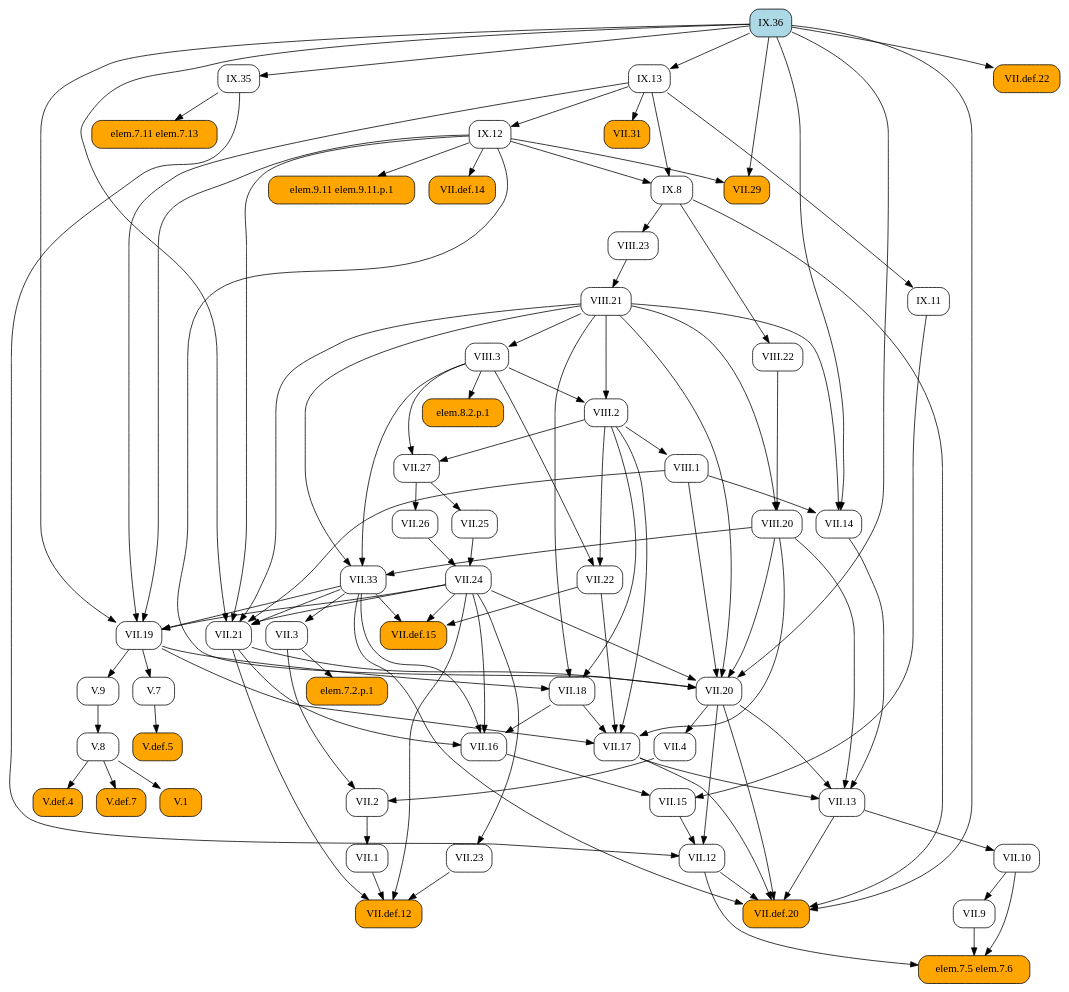
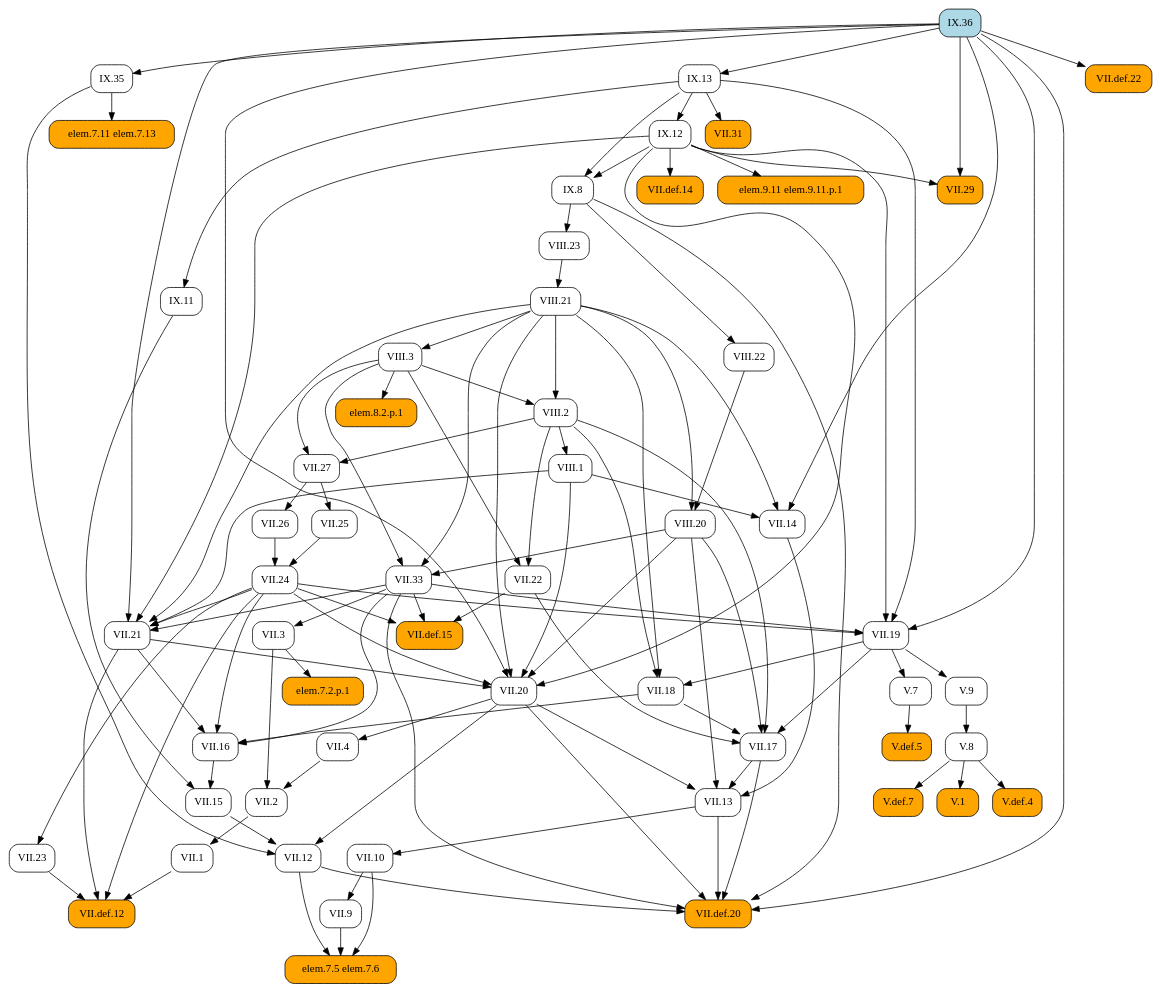
One commit to geometor/elements changed the diagram in docsrc/heath/IX/36/index.rst. Above: the diagram before and after it, drawn with Graphviz. The commit also changed other lines of this file and 1029 other files, not shown here.

```diff
--- a/docsrc/heath/IX/36/index.rst
+++ b/docsrc/heath/IX/36/index.rst
@@ -88,108 +88,162 @@
    digraph {
      rankdir="TB";
      node [shape=box, style=rounded];
+     "VII.1" [URL="/heath/VII/1/", target="_top"];
+     "VII.9" [URL="/heath/VII/9/", target="_top"];
+     "V.def.5" [style="rounded,filled", fillcolor=orange, URL="/heath/V/def.5/", target="_top"];
+     "IX.13" [URL="/heath/IX/13/", target="_top"];
+     "VII.29" [style="rounded,filled", fillcolor=orange, URL="/heath/VII/29/", target="_top"];
+     "VIII.23" [URL="/heath/VIII/23/", target="_top"];
+     "IX.12" [URL="/heath/IX/12/", target="_top"];
+     "IX.11" [URL="/heath/IX/11/", target="_top"];
+     "VII.17" [URL="/heath/VII/17/", target="_top"];
+     "VII.3" [URL="/heath/VII/3/", target="_top"];
+     "elem.7.5 elem.7.6" [style="rounded,filled", fillcolor=orange];
+     "IX.35" [URL="/heath/IX/35/", target="_top"];
+     "VIII.21" [URL="/heath/VIII/21/", target="_top"];
+     "V.7" [URL="/heath/V/7/", target="_top"];
+     "V.9" [URL="/heath/V/9/", target="_top"];
+     "IX.36" [style="rounded,filled", fillcolor=lightblue, URL="/heath/IX/36/", target="_top"];
+     "VII.13" [URL="/heath/VII/13/", target="_top"];
+     "VII.2" [URL="/heath/VII/2/", target="_top"];
+     "VIII.1" [URL="/heath/VIII/1/", target="_top"];
+     "VIII.2" [URL="/heath/VIII/2/", target="_top"];
+     "VII.12" [URL="/heath/VII/12/", target="_top"];
+     "IX.8" [URL="/heath/IX/8/", target="_top"];
+     "VII.24" [URL="/heath/VII/24/", target="_top"];
+     "VII.def.14" [style="rounded,filled", fillcolor=orange, URL="/heath/VII/def.14/", target="_top"];
+     "VII.def.12" [style="rounded,filled", fillcolor=orange, URL="/heath/VII/def.12/", target="_top"];
+     "V.8" [URL="/heath/V/8/", target="_top"];
+     "VII.33" [URL="/heath/VII/33/", target="_top"];
+     "VIII.22" [URL="/heath/VIII/22/", target="_top"];
+     "elem.7.2.p.1" [style="rounded,filled", fillcolor=orange];
+     "elem.9.11 elem.9.11.p.1" [style="rounded,filled", fillcolor=orange];
+     "VII.10" [URL="/heath/VII/10/", target="_top"];
+     "VII.def.15" [style="rounded,filled", fillcolor=orange, URL="/heath/VII/def.15/", target="_top"];
+     "VII.19" [URL="/heath/VII/19/", target="_top"];
+     "VII.18" [URL="/heath/VII/18/", target="_top"];
+     "VII.16" [URL="/heath/VII/16/", target="_top"];
+     "VII.26" [URL="/heath/VII/26/", target="_top"];
+     "VII.4" [URL="/heath/VII/4/", target="_top"];
+     "VII.25" [URL="/heath/VII/25/", target="_top"];
+     "VII.21" [URL="/heath/VII/21/", target="_top"];
      "V.1" [style="rounded,filled", fillcolor=orange, URL="/heath/V/1/", target="_top"];
-     "VII.29" [style="rounded,filled", fillcolor=orange, URL="/heath/VII/29/", target="_top"];
-     "IX.8" [URL="/heath/IX/8/", target="_top"];
-     "VII.12" [URL="/heath/VII/12/", target="_top"];
-     "VIII.21" [URL="/heath/VIII/21/", target="_top"];
-     "IX.13" [URL="/heath/IX/13/", target="_top"];
+     "VII.def.22" [style="rounded,filled", fillcolor=orange, URL="/heath/VII/def.22/", target="_top"];
+     "VII.20" [URL="/heath/VII/20/", target="_top"];
      "VII.14" [URL="/heath/VII/14/", target="_top"];
-     "VII.13" [URL="/heath/VII/13/", target="_top"];
-     "VII.16" [URL="/heath/VII/16/", target="_top"];
+     "VII.27" [URL="/heath/VII/27/", target="_top"];
      "V.def.4" [style="rounded,filled", fillcolor=orange, URL="/heath/V/def.4/", target="_top"];
-     "VII.def.15" [style="rounded,filled", fillcolor=orange, URL="/heath/VII/def.15/", target="_top"];
-     "VII.18" [URL="/heath/VII/18/", target="_top"];
-     "V.8" [URL="/heath/V/8/", target="_top"];
-     "elem.9.11 elem.9.11.p.1" [style="rounded,filled", fillcolor=orange];
-     "VII.21" [URL="/heath/VII/21/", target="_top"];
+     "VIII.3" [URL="/heath/VIII/3/", target="_top"];
+     "VII.31" [style="rounded,filled", fillcolor=orange, URL="/heath/VII/31/", target="_top"];
+     "VII.22" [URL="/heath/VII/22/", target="_top"];
      "VIII.20" [URL="/heath/VIII/20/", target="_top"];
-     "IX.36" [style="rounded,filled", fillcolor=lightblue, URL="/heath/IX/36/", target="_top"];
-     "V.7" [URL="/heath/V/7/", target="_top"];
-     "VII.def.12" [style="rounded,filled", fillcolor=orange, URL="/heath/VII/def.12/", target="_top"];
+     "V.def.7" [style="rounded,filled", fillcolor=orange, URL="/heath/V/def.7/", target="_top"];
+     "elem.7.11 elem.7.13" [style="rounded,filled", fillcolor=orange];
+     "VII.23" [URL="/heath/VII/23/", target="_top"];
      "VII.15" [URL="/heath/VII/15/", target="_top"];
-     "VII.2" [URL="/heath/VII/2/", target="_top"];
      "VII.def.20" [style="rounded,filled", fillcolor=orange, URL="/heath/VII/def.20/", target="_top"];
-     "elem.7.5 elem.7.6" [style="rounded,filled", fillcolor=orange];
-     "VII.3" [URL="/heath/VII/3/", target="_top"];
      "elem.8.2.p.1" [style="rounded,filled", fillcolor=orange];
-     "VII.10" [URL="/heath/VII/10/", target="_top"];
-     "VIII.23" [URL="/heath/VIII/23/", target="_top"];
-     "V.def.7" [style="rounded,filled", fillcolor=orange, URL="/heath/V/def.7/", target="_top"];
-     "VII.20" [URL="/heath/VII/20/", target="_top"];
-     "IX.35" [URL="/heath/IX/35/", target="_top"];
-     "IX.12" [URL="/heath/IX/12/", target="_top"];
-     "VII.def.14" [style="rounded,filled", fillcolor=orange, URL="/heath/VII/def.14/", target="_top"];
-     "VII.9" [URL="/heath/VII/9/", target="_top"];
-     "VIII.1" [URL="/heath/VIII/1/", target="_top"];
-     "VII.25" [URL="/heath/VII/25/", target="_top"];
-     "VII.23" [URL="/heath/VII/23/", target="_top"];
-     "VII.27" [URL="/heath/VII/27/", target="_top"];
-     "VIII.2" [URL="/heath/VIII/2/", target="_top"];
-     "VII.24" [URL="/heath/VII/24/", target="_top"];
-     "VIII.3" [URL="/heath/VIII/3/", target="_top"];
-     "VII.19" [URL="/heath/VII/19/", target="_top"];
-     "elem.7.11 elem.7.13" [style="rounded,filled", fillcolor=orange];
-     "IX.11" [URL="/heath/IX/11/", target="_top"];
-     "VII.4" [URL="/heath/VII/4/", target="_top"];
-     "VII.33" [URL="/heath/VII/33/", target="_top"];
-     "elem.7.2.p.1" [style="rounded,filled", fillcolor=orange];
-     "V.9" [URL="/heath/V/9/", target="_top"];
-     "VII.26" [URL="/heath/VII/26/", target="_top"];
-     "VIII.22" [URL="/heath/VIII/22/", target="_top"];
-     "VII.1" [URL="/heath/VII/1/", target="_top"];
-     "VII.22" [URL="/heath/VII/22/", target="_top"];
-     "VII.def.22" [style="rounded,filled", fillcolor=orange, URL="/heath/VII/def.22/", target="_top"];
-     "VII.31" [style="rounded,filled", fillcolor=orange, URL="/heath/VII/31/", target="_top"];
-     "V.def.5" [style="rounded,filled", fillcolor=orange, URL="/heath/V/def.5/", target="_top"];
-     "VII.17" [URL="/heath/VII/17/", target="_top"];
-     "V.8" -> "V.1";
+     "VII.2" -> "VII.1";
+     "VII.10" -> "VII.9";
+     "V.7" -> "V.def.5";
+     "IX.36" -> "IX.13";
      "IX.12" -> "VII.29";
      "IX.36" -> "VII.29";
-     "IX.12" -> "IX.8";
-     "IX.13" -> "IX.8";
-     "VII.15" -> "VII.12";
-     "VII.20" -> "VII.12";
-     "IX.35" -> "VII.12";
+     "IX.8" -> "VIII.23";
+     "IX.13" -> "IX.12";
+     "IX.13" -> "IX.11";
+     "VII.18" -> "VII.17";
+     "VII.19" -> "VII.17";
+     "VII.22" -> "VII.17";
+     "VIII.2" -> "VII.17";
+     "VIII.20" -> "VII.17";
+     "VII.33" -> "VII.3";
+     "VII.9" -> "elem.7.5 elem.7.6";
+     "VII.10" -> "elem.7.5 elem.7.6";
+     "VII.12" -> "elem.7.5 elem.7.6";
+     "IX.36" -> "IX.35";
      "VIII.23" -> "VIII.21";
-     "IX.36" -> "IX.13";
-     "VIII.1" -> "VII.14";
-     "VIII.21" -> "VII.14";
-     "IX.36" -> "VII.14";
+     "VII.19" -> "V.7";
+     "VII.19" -> "V.9";
      "VII.14" -> "VII.13";
      "VII.17" -> "VII.13";
      "VII.20" -> "VII.13";
      "VIII.20" -> "VII.13";
+     "VII.3" -> "VII.2";
+     "VII.4" -> "VII.2";
+     "VIII.2" -> "VIII.1";
+     "VIII.3" -> "VIII.2";
+     "VIII.21" -> "VIII.2";
+     "VII.15" -> "VII.12";
+     "VII.20" -> "VII.12";
+     "IX.35" -> "VII.12";
+     "IX.12" -> "IX.8";
+     "IX.13" -> "IX.8";
+     "VII.25" -> "VII.24";
+     "VII.26" -> "VII.24";
+     "IX.12" -> "VII.def.14";
+     "VII.1" -> "VII.def.12";
+     "VII.21" -> "VII.def.12";
+     "VII.23" -> "VII.def.12";
+     "VII.24" -> "VII.def.12";
+     "V.9" -> "V.8";
+     "VIII.3" -> "VII.33";
+     "VIII.20" -> "VII.33";
+     "VIII.21" -> "VII.33";
+     "IX.8" -> "VIII.22";
+     "VII.3" -> "elem.7.2.p.1";
+     "IX.12" -> "elem.9.11 elem.9.11.p.1";
+     "VII.13" -> "VII.10";
+     "VII.22" -> "VII.def.15";
+     "VII.24" -> "VII.def.15";
+     "VII.33" -> "VII.def.15";
+     "VII.24" -> "VII.19";
+     "VII.33" -> "VII.19";
+     "IX.12" -> "VII.19";
+     "IX.13" -> "VII.19";
+     "IX.36" -> "VII.19";
+     "VII.19" -> "VII.18";
+     "VIII.2" -> "VII.18";
+     "VIII.21" -> "VII.18";
      "VII.18" -> "VII.16";
      "VII.21" -> "VII.16";
      "VII.24" -> "VII.16";
      "VII.33" -> "VII.16";
-     "V.8" -> "V.def.4";
-     "VII.22" -> "VII.def.15";
-     "VII.24" -> "VII.def.15";
-     "VII.33" -> "VII.def.15";
-     "VII.19" -> "VII.18";
-     "VIII.2" -> "VII.18";
-     "VIII.21" -> "VII.18";
-     "V.9" -> "V.8";
-     "IX.12" -> "elem.9.11 elem.9.11.p.1";
+     "VII.27" -> "VII.26";
+     "VII.20" -> "VII.4";
+     "VII.27" -> "VII.25";
      "VII.24" -> "VII.21";
      "VII.33" -> "VII.21";
      "VIII.1" -> "VII.21";
      "VIII.21" -> "VII.21";
      "IX.12" -> "VII.21";
      "IX.36" -> "VII.21";
+     "V.8" -> "V.1";
+     "IX.36" -> "VII.def.22";
+     "VII.21" -> "VII.20";
+     "VII.24" -> "VII.20";
+     "VIII.1" -> "VII.20";
+     "VIII.20" -> "VII.20";
+     "VIII.21" -> "VII.20";
+     "IX.12" -> "VII.20";
+     "IX.36" -> "VII.20";
+     "VIII.1" -> "VII.14";
+     "VIII.21" -> "VII.14";
+     "IX.36" -> "VII.14";
+     "VIII.2" -> "VII.27";
+     "VIII.3" -> "VII.27";
+     "V.8" -> "V.def.4";
+     "VIII.21" -> "VIII.3";
+     "IX.13" -> "VII.31";
+     "VIII.2" -> "VII.22";
+     "VIII.3" -> "VII.22";
      "VIII.21" -> "VIII.20";
      "VIII.22" -> "VIII.20";
-     "VII.19" -> "V.7";
-     "VII.1" -> "VII.def.12";
-     "VII.21" -> "VII.def.12";
-     "VII.23" -> "VII.def.12";
-     "VII.24" -> "VII.def.12";
+     "V.8" -> "V.def.7";
+     "IX.35" -> "elem.7.11 elem.7.13";
+     "VII.24" -> "VII.23";
      "VII.16" -> "VII.15";
      "IX.11" -> "VII.15";
-     "VII.3" -> "VII.2";
-     "VII.4" -> "VII.2";
      "VII.12" -> "VII.def.20";
      "VII.13" -> "VII.def.20";
      "VII.17" -> "VII.def.20";
@@ -197,59 +251,5 @@
      "VII.33" -> "VII.def.20";
      "IX.8" -> "VII.def.20";
      "IX.36" -> "VII.def.20";
-     "VII.9" -> "elem.7.5 elem.7.6";
-     "VII.10" -> "elem.7.5 elem.7.6";
-     "VII.12" -> "elem.7.5 elem.7.6";
-     "VII.33" -> "VII.3";
      "VIII.3" -> "elem.8.2.p.1";
-     "VII.13" -> "VII.10";
-     "IX.8" -> "VIII.23";
-     "V.8" -> "V.def.7";
-     "VII.21" -> "VII.20";
-     "VII.24" -> "VII.20";
-     "VIII.1" -> "VII.20";
-     "VIII.20" -> "VII.20";
-     "VIII.21" -> "VII.20";
-     "IX.12" -> "VII.20";
-     "IX.36" -> "VII.20";
-     "IX.36" -> "IX.35";
-     "IX.13" -> "IX.12";
-     "IX.12" -> "VII.def.14";
-     "VII.10" -> "VII.9";
-     "VIII.2" -> "VIII.1";
-     "VII.27" -> "VII.25";
-     "VII.24" -> "VII.23";
-     "VIII.2" -> "VII.27";
-     "VIII.3" -> "VII.27";
-     "VIII.3" -> "VIII.2";
-     "VIII.21" -> "VIII.2";
-     "VII.25" -> "VII.24";
-     "VII.26" -> "VII.24";
-     "VIII.21" -> "VIII.3";
-     "VII.24" -> "VII.19";
-     "VII.33" -> "VII.19";
-     "IX.12" -> "VII.19";
-     "IX.13" -> "VII.19";
-     "IX.36" -> "VII.19";
-     "IX.35" -> "elem.7.11 elem.7.13";
-     "IX.13" -> "IX.11";
-     "VII.20" -> "VII.4";
-     "VIII.3" -> "VII.33";
-     "VIII.20" -> "VII.33";
-     "VIII.21" -> "VII.33";
-     "VII.3" -> "elem.7.2.p.1";
-     "VII.19" -> "V.9";
-     "VII.27" -> "VII.26";
-     "IX.8" -> "VIII.22";
-     "VII.2" -> "VII.1";
-     "VIII.2" -> "VII.22";
-     "VIII.3" -> "VII.22";
-     "IX.36" -> "VII.def.22";
-     "IX.13" -> "VII.31";
-     "V.7" -> "V.def.5";
-     "VII.18" -> "VII.17";
-     "VII.19" -> "VII.17";
-     "VII.22" -> "VII.17";
-     "VIII.2" -> "VII.17";
-     "VIII.20" -> "VII.17";
    }
```
